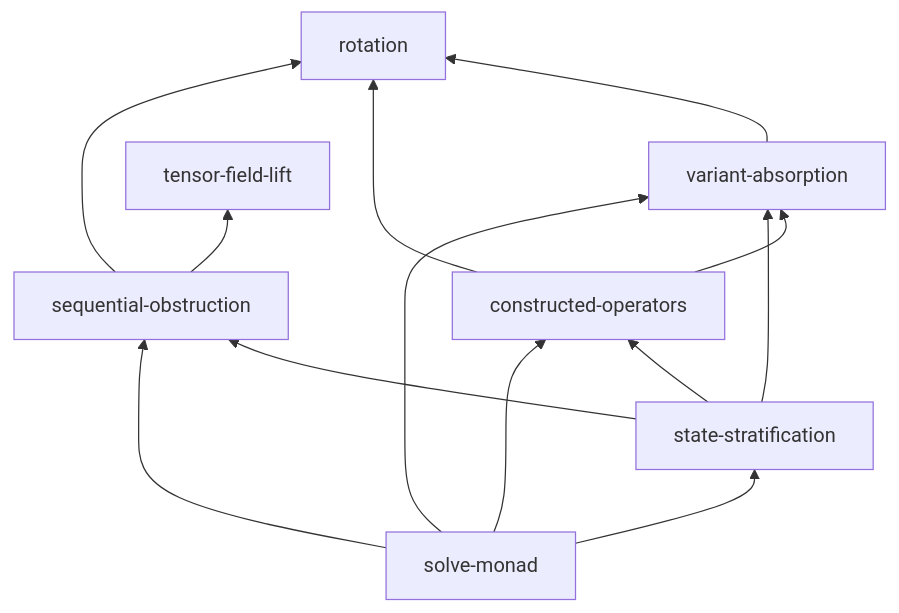
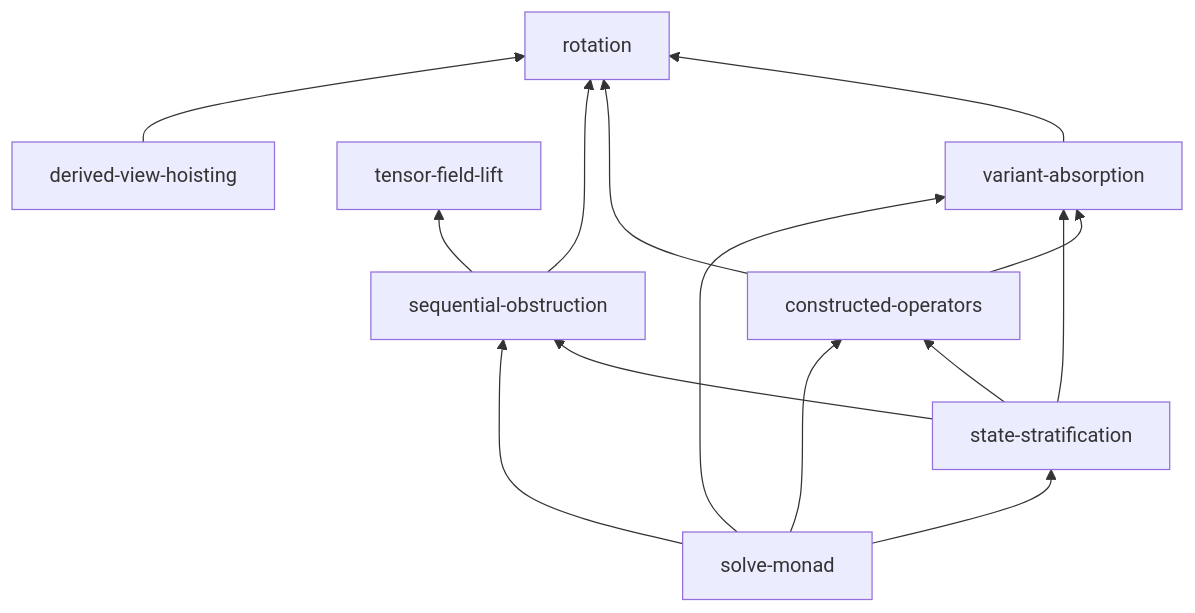
One commit to crutcher/palace_whiteroom changed the first of 5 diagrams in book/src/concepts/dependency-map.md. Above: the diagram before and after it, drawn with Mermaid. The commit also changed 7 other files, not shown here.

````diff
--- a/book/src/concepts/dependency-map.md
+++ b/book/src/concepts/dependency-map.md
@@ -15,15 +15,16 @@
 ```mermaid
 graph BT
   variant-absorption --> rotation
   constructed-operators --> rotation
   constructed-operators --> variant-absorption
   sequential-obstruction --> rotation
   sequential-obstruction --> tensor-field-lift
   state-stratification --> variant-absorption
   state-stratification --> constructed-operators
   state-stratification --> sequential-obstruction
   solve-monad --> state-stratification
   solve-monad --> sequential-obstruction
   solve-monad --> constructed-operators
   solve-monad --> variant-absorption
+  derived-view-hoisting --> rotation
 ```
````
